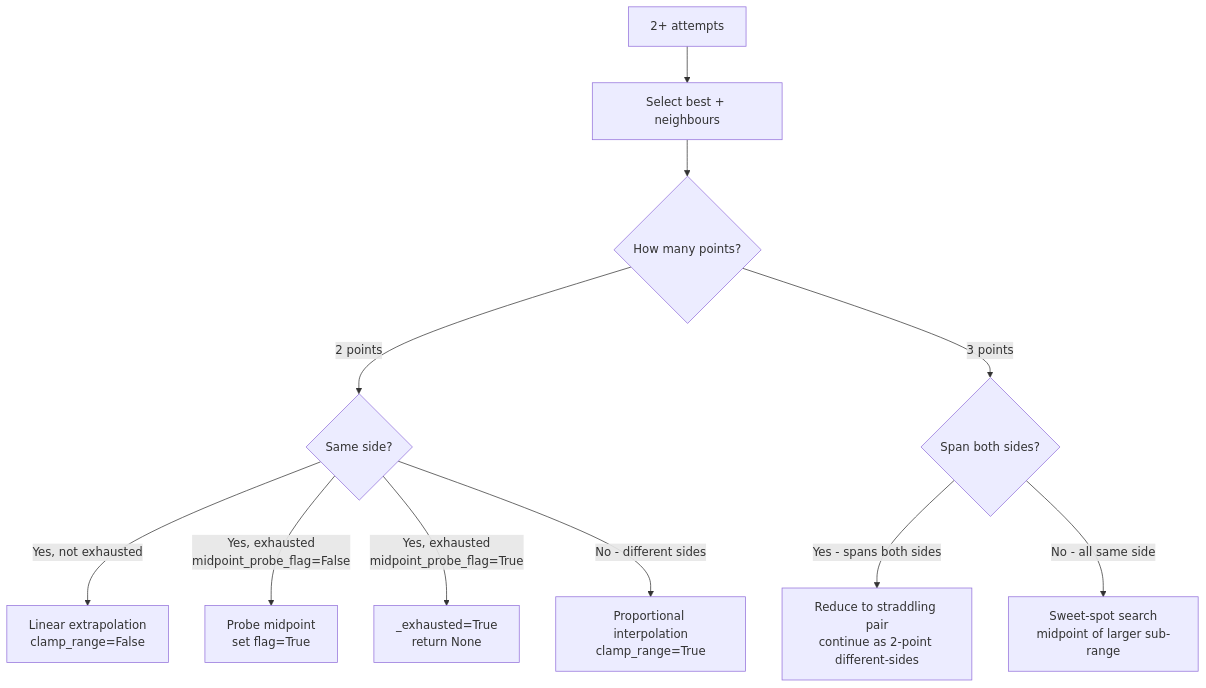
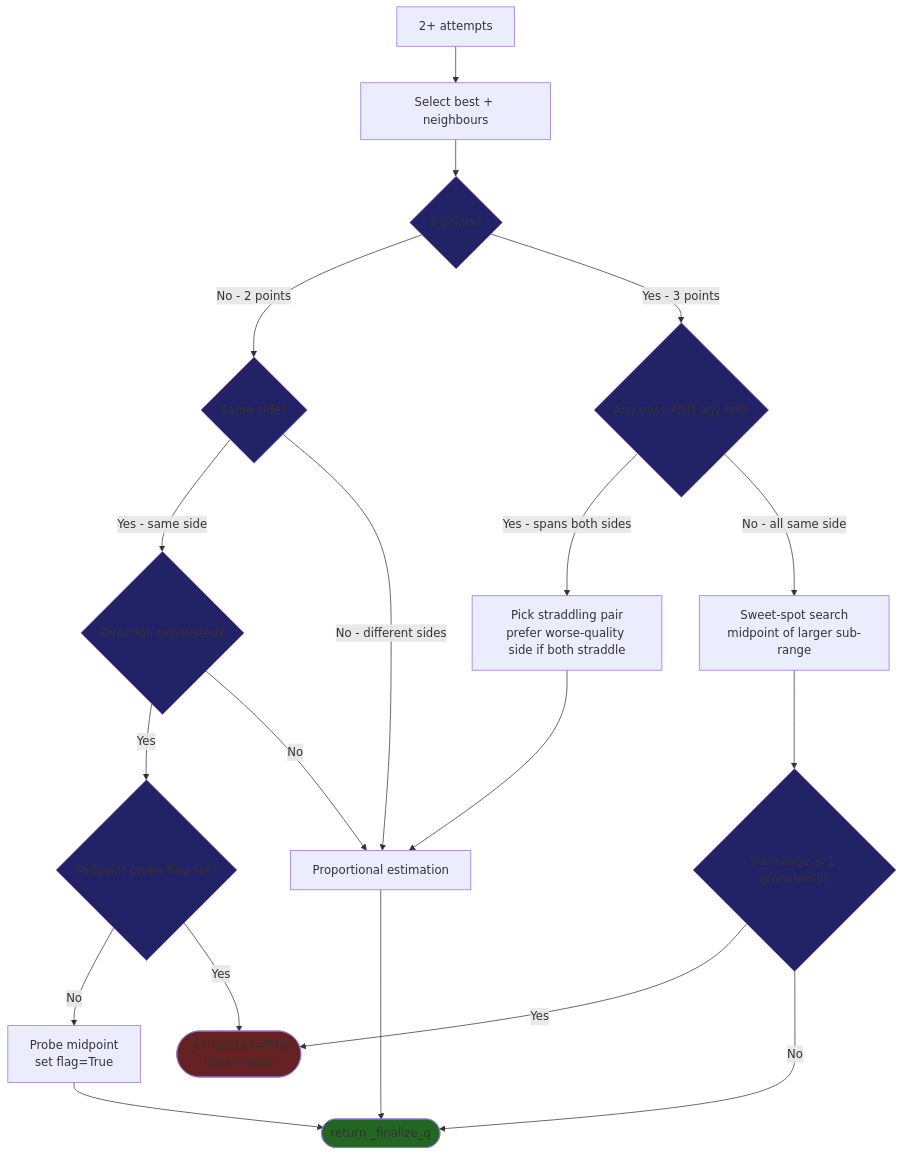
Before and after one commit to CHerSun/pyqenc: the second of 2 diagrams in .kiro/specs/quality-search-v3/design.md, drawn with Mermaid. The commit also changed other lines of this file and 2 other files, not shown here.

Commit message:
wip: specs for quality search v3 + quality revamp

````diff
--- a/.kiro/specs/quality-search-v3/design.md
+++ b/.kiro/specs/quality-search-v3/design.md
@@ -177,13 +310,34 @@
 ```mermaid
 flowchart TD
     A[2+ attempts] --> B[Select best + neighbours]
-    B --> C{How many points?}
-    C -->|2 points| D{Same side?}
-    C -->|3 points| E{Span both sides?}
-    D -->|Yes, not exhausted| F[Linear extrapolation\nclamp_range=False]
-    D -->|Yes, exhausted\nmidpoint_probe_flag=False| G[Probe midpoint\nset flag=True]
-    D -->|Yes, exhausted\nmidpoint_probe_flag=True| H[_exhausted=True\nreturn None]
-    D -->|No - different sides| I[Proportional interpolation\nclamp_range=True]
-    E -->|Yes - spans both sides| J[Reduce to straddling pair\ncontinue as 2-point different-sides]
-    E -->|No - all same side| K[Sweet-spot search\nmidpoint of larger sub-range]
+    B --> C{3 points?}
+
+    C -->|No - 2 points| D{Same side?}
+    C -->|Yes - 3 points| E{Any pass AND any fail?}
+
+    D -->|Yes - same side| F{Direction exhausted?}
+    D -->|No - different sides| PROP[Proportional estimation]
+
+    F -->|Yes| G{Midpoint probe flag set?}
+    F -->|No| PROP
+
+    G -->|No| PROBE[Probe midpoint\nset flag=True]
+    G -->|Yes| EXHAUST([_exhausted=True\nreturn None])
+
+    E -->|Yes - spans both sides| PREFER[Pick straddling pair\nprefer worse-quality side if both straddle]
+    E -->|No - all same side| SWEET[Sweet-spot search\nmidpoint of larger sub-range]
+
+    PREFER --> PROP
+
+    SWEET --> I{Sub-range ≤ 1 granularity?}
+    I -->|Yes| EXHAUST
+    I -->|No| DONE([return _finalize_q])
+
+    PROP --> DONE
+    PROBE --> DONE
+
+    classDef decision fill:#226
+    class C,D,F,E,G,I decision
+    style DONE fill:#262
+    style EXHAUST fill:#622
 ```
````
